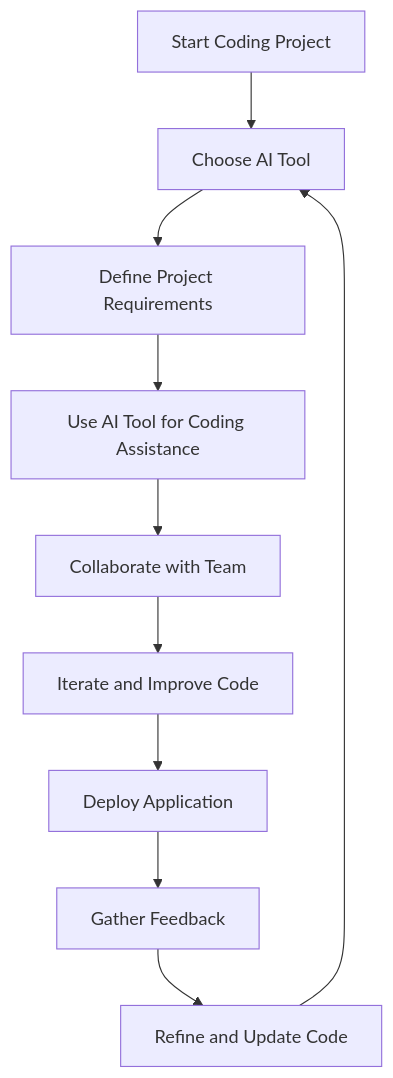
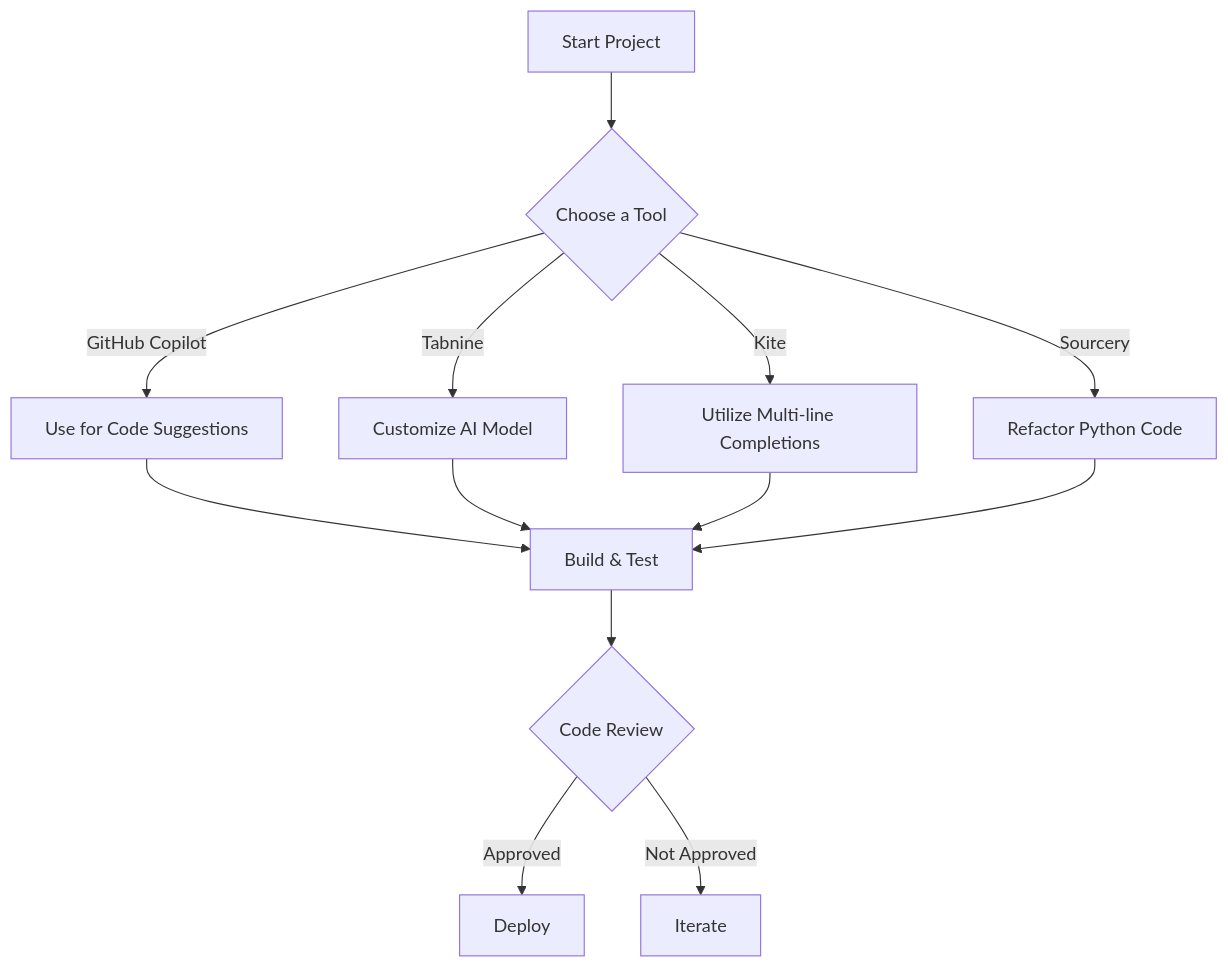
The diagram in content/posts/top-ai-coding-tools-for-developers-in-2026.md (ai-tools-lab/ai-tools-lab.github.io), drawn with Mermaid before and after one commit. The commit also changed other lines of this file and 29 other files, not shown here.

````diff
--- a/content/posts/top-ai-coding-tools-for-developers-in-2026.md
+++ b/content/posts/top-ai-coding-tools-for-developers-in-2026.md
@@ -171,12 +139,15 @@
 ```mermaid
-graph TD;
-    A[Start Coding Project] --> B[Choose AI Tool]
-    B --> C[Define Project Requirements]
-    C --> D[Use AI Tool for Coding Assistance]
-    D --> E[Collaborate with Team]
-    E --> F[Iterate and Improve Code]
-    F --> G[Deploy Application]
-    G --> H[Gather Feedback]
-    H --> I[Refine and Update Code]
-    I --> B
+flowchart TD
+    A[Start Project] --> B{Choose a Tool}
+    B -->|GitHub Copilot| C[Use for Code Suggestions]
+    B -->|Tabnine| D[Customize AI Model]
+    B -->|Kite| E[Utilize Multi-line Completions]
+    B -->|Sourcery| F[Refactor Python Code]
+    C --> G[Build & Test]
+    D --> G
+    E --> G
+    F --> G
+    G --> H{Code Review}
+    H -->|Approved| I[Deploy]
+    H -->|Not Approved| J[Iterate]
 ```
````
